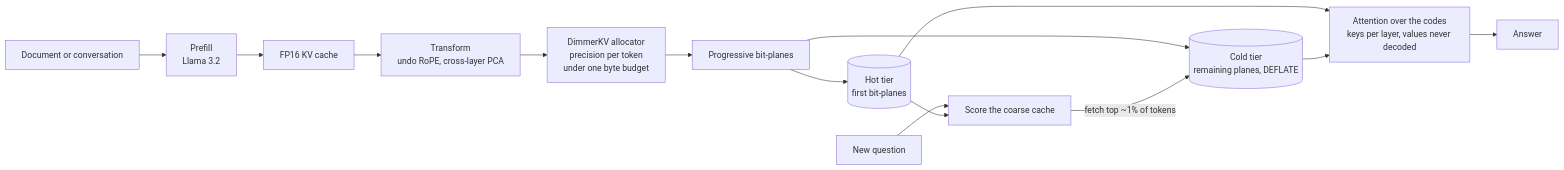
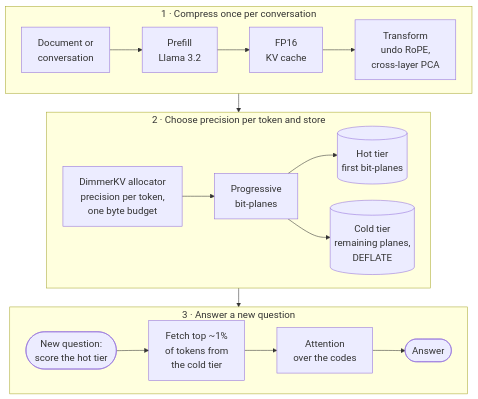
The diagram in README.md (SrikanthBalaaji/Dimmer-KV), drawn with Mermaid before and after one commit.

Commit message:
README: larger, readable architecture diagram
Split the single left-to-right flowchart (~2,880 px, shrunk to ~30% on
GitHub) into three stacked rows (~880 px) with an 18 px font.

````diff
--- a/README.md
+++ b/README.md
@@ -43,16 +43,19 @@
 ```mermaid
-flowchart LR
-    A[Document or conversation] --> B[Prefill<br/>Llama 3.2]
-    B --> C[FP16 KV cache]
-    C --> D[Transform<br/>undo RoPE, cross-layer PCA]
-    D --> E[DimmerKV allocator<br/>precision per token<br/>under one byte budget]
-    E --> F[Progressive bit-planes]
-    F --> G[(Hot tier<br/>first bit-planes)]
-    F --> H[(Cold tier<br/>remaining planes, DEFLATE)]
-    Q[New question] --> I[Score the coarse cache]
-    G --> I
-    I -- fetch top ~1% of tokens --> H
-    G --> J[Attention over the codes<br/>keys per layer, values never decoded]
-    H --> J
-    J --> K[Answer]
+%%{init: {"themeVariables": {"fontSize": "18px"}, "flowchart": {"nodeSpacing": 30, "rankSpacing": 35}}}%%
+flowchart TB
+    subgraph S1 ["1 · Compress once per conversation"]
+        direction LR
+        A[Document or<br/>conversation] --> B[Prefill<br/>Llama 3.2] --> C[FP16<br/>KV cache] --> D[Transform<br/>undo RoPE,<br/>cross-layer PCA]
+    end
+    subgraph S2 ["2 · Choose precision per token and store"]
+        direction LR
+        E[DimmerKV allocator<br/>precision per token,<br/>one byte budget] --> F[Progressive<br/>bit-planes]
+        F --> G[(Hot tier<br/>first bit-planes)]
+        F --> H[(Cold tier<br/>remaining planes,<br/>DEFLATE)]
+    end
+    subgraph S3 ["3 · Answer a new question"]
+        direction LR
+        I([New question:<br/>score the hot tier]) --> R[Fetch top ~1%<br/>of tokens from<br/>the cold tier] --> J[Attention<br/>over the codes] --> K([Answer])
+    end
+    S1 --> S2 --> S3
 ```
````
